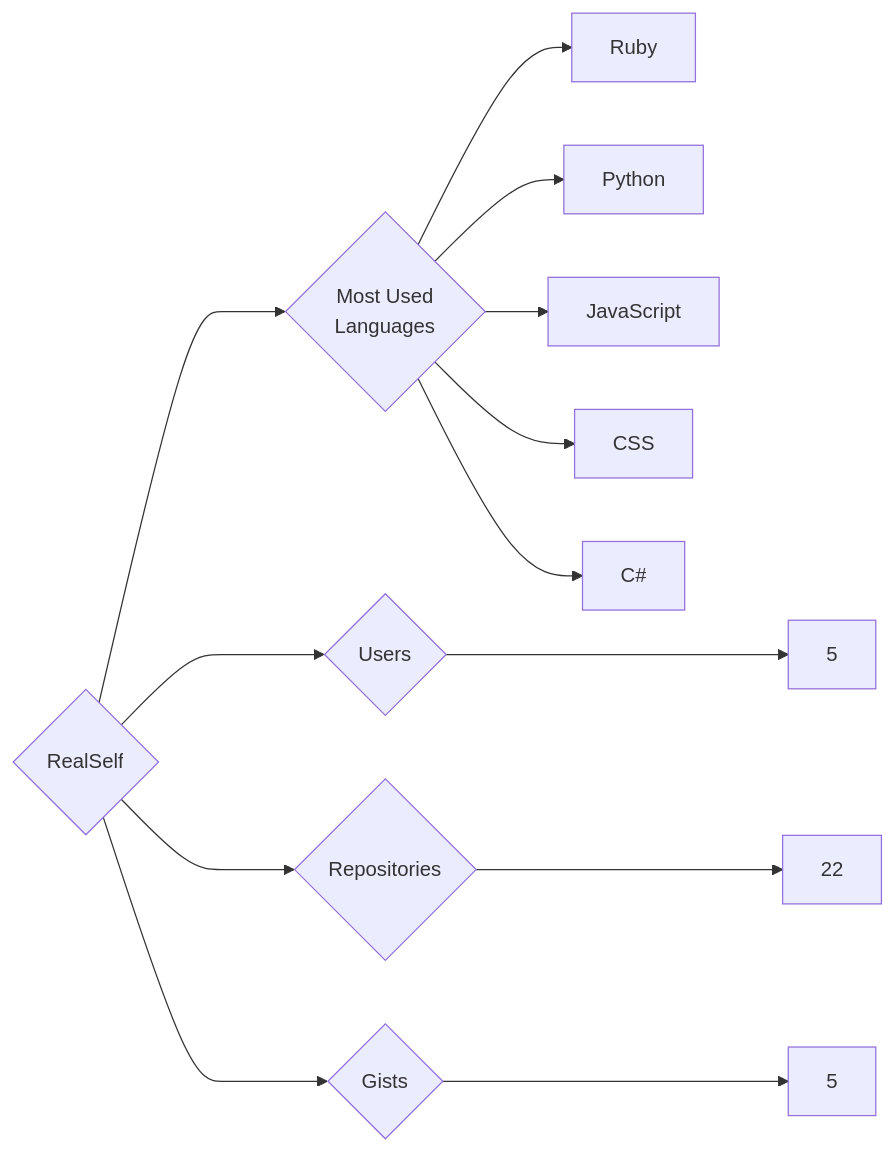
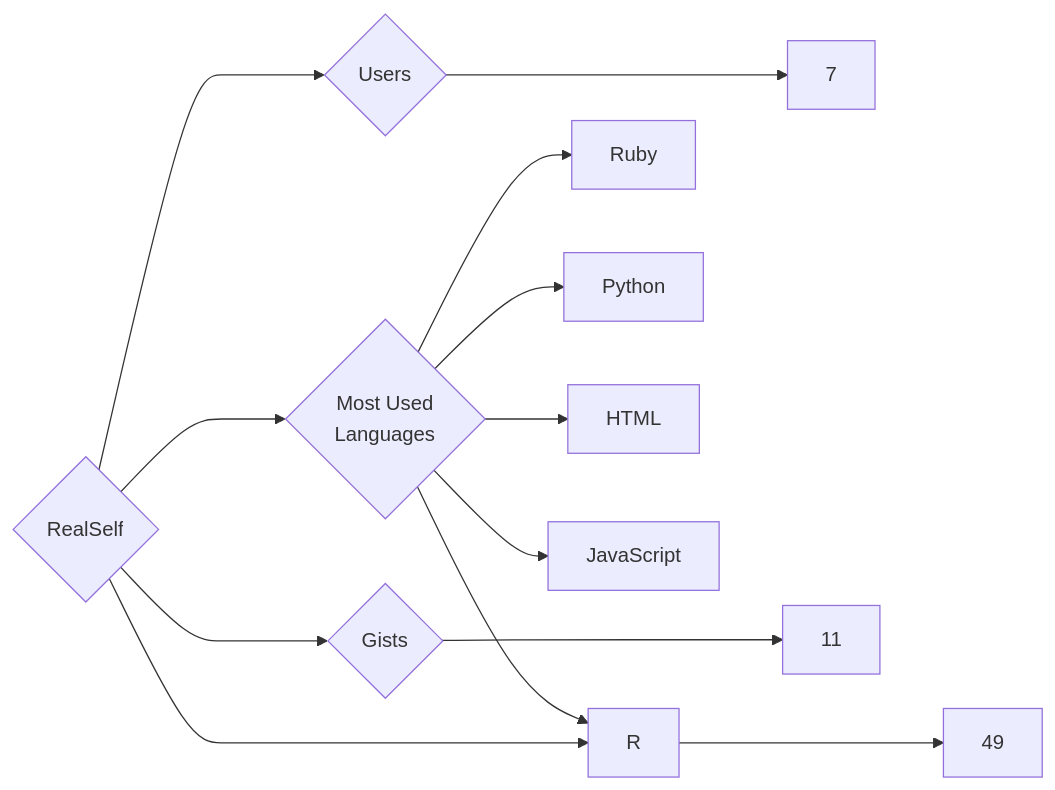
One commit to trickest/insiders changed the diagram in targets/RealSelf/README.md. Above: the diagram before and after it, drawn with Mermaid. The commit also changed 965 other files, not shown here.

````diff
--- a/targets/RealSelf/README.md
+++ b/targets/RealSelf/README.md
@@ -3,13 +3,13 @@
 ```mermaid
 graph LR
 COMPANY_NAME{RealSelf}
-COMPANY_NAME ---> U{Users} ---> UN[5]
-COMPANY_NAME ---> R{Repositories} ---> RN[22]
-COMPANY_NAME ---> G{Gists} ---> GN[5]
+COMPANY_NAME ---> U{Users} ---> UN[7]
+COMPANY_NAME ---> R{Repositories} ---> RN[49]
+COMPANY_NAME ---> G{Gists} ---> GN[11]
 COMPANY_NAME ---> ML{Most Used<br>Languages}
 ML --> Ruby[Ruby]
 ML --> Python[Python]
+ML --> HTML[HTML]
 ML --> JavaScript[JavaScript]
-ML --> CSS[CSS]
-ML --> C#[C#]
+ML --> R[R]
 ```
````
